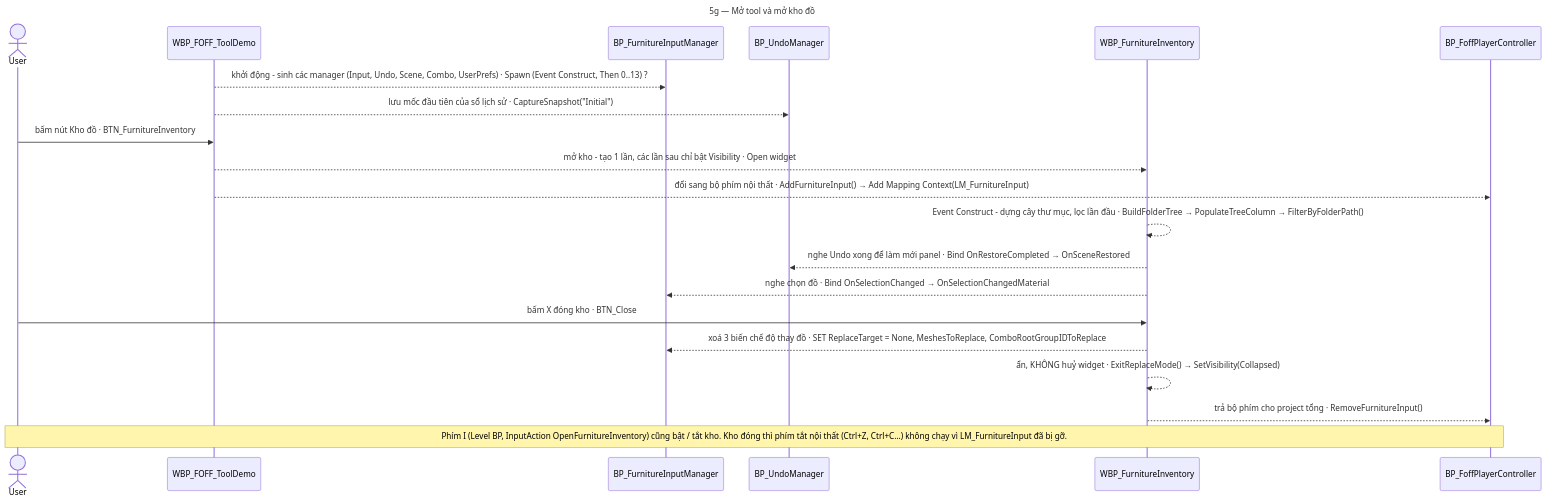
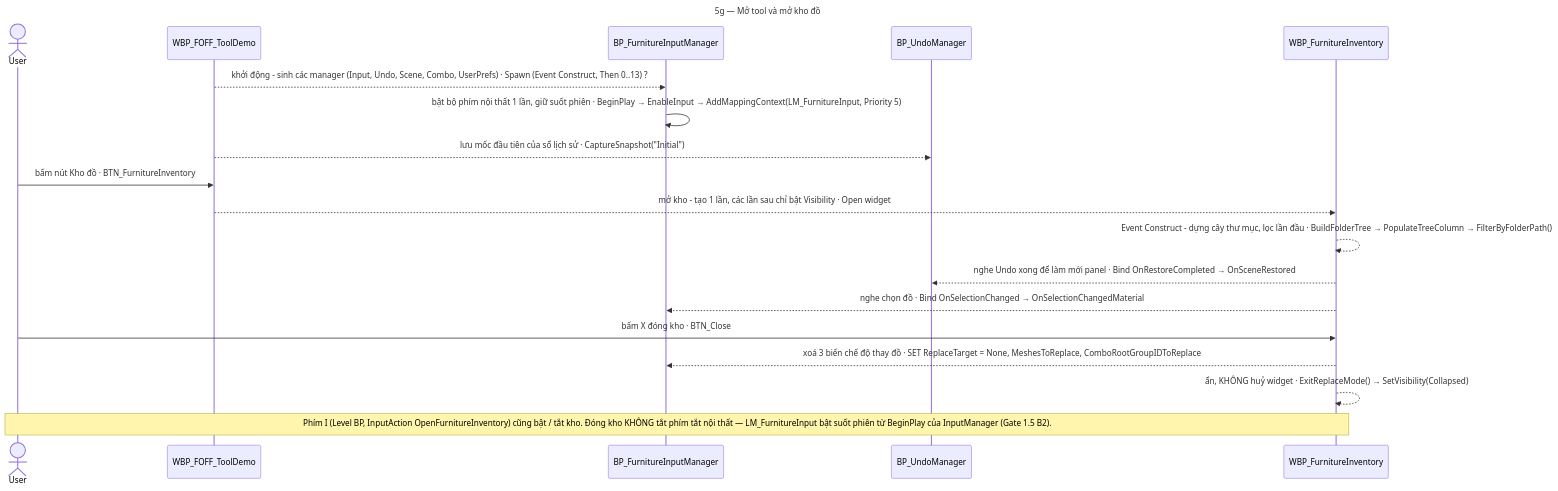
One commit to olivercu04/UE5_InteriorTool_Docs changed diagram 13 of 26 in docs/00_Core/Architecture_Map.md. Above: the diagram before and after it, drawn with Mermaid. The commit also changed other lines of this file and 30 other files, not shown here.

Commit message:
Bộ não v1.8–1.11 + fix gizmo Scale/F2 + sửa drift Input (Gate 1.5 B2)

````diff
--- a/docs/00_Core/Architecture_Map.md
+++ b/docs/00_Core/Architecture_Map.md
@@ -1090,25 +1094,23 @@
 ```mermaid
 ---
 title: "5g — Mở tool và mở kho đồ"
 ---
 sequenceDiagram
   actor U as User
   participant TD as WBP_FOFF_ToolDemo
   participant IM as BP_FurnitureInputManager
   participant UM as BP_UndoManager
   participant INV as WBP_FurnitureInventory
-  participant PC as BP_FoffPlayerController
   TD-->>IM: khởi động - sinh các manager (Input, Undo, Scene, Combo, UserPrefs) · Spawn (Event Construct, Then 0..13) ?
+  IM->>IM: bật bộ phím nội thất 1 lần, giữ suốt phiên · BeginPlay → EnableInput → AddMappingContext(LM_FurnitureInput, Priority 5)
   TD-->>UM: lưu mốc đầu tiên của sổ lịch sử · CaptureSnapshot("Initial")
   U->>TD: bấm nút Kho đồ · BTN_FurnitureInventory
   TD-->>INV: mở kho - tạo 1 lần, các lần sau chỉ bật Visibility · Open widget
-  TD-->>PC: đổi sang bộ phím nội thất · AddFurnitureInput() → Add Mapping Context(LM_FurnitureInput)
   INV-->>INV: Event Construct - dựng cây thư mục, lọc lần đầu · BuildFolderTree → PopulateTreeColumn → FilterByFolderPath()
   INV-->>UM: nghe Undo xong để làm mới panel · Bind OnRestoreCompleted → OnSceneRestored
   INV-->>IM: nghe chọn đồ · Bind OnSelectionChanged → OnSelectionChangedMaterial
   U->>INV: bấm X đóng kho · BTN_Close
   INV-->>IM: xoá 3 biến chế độ thay đồ · SET ReplaceTarget = None, MeshesToReplace, ComboRootGroupIDToReplace
   INV-->>INV: ẩn, KHÔNG huỷ widget · ExitReplaceMode() → SetVisibility(Collapsed)
-  INV-->>PC: trả bộ phím cho project tổng · RemoveFurnitureInput()
-  Note over U,PC: Phím I (Level BP, InputAction OpenFurnitureInventory) cũng bật / tắt kho. Kho đóng thì phím tắt nội thất (Ctrl+Z, Ctrl+C…) không chạy vì LM_FurnitureInput đã bị gỡ.
+  Note over U,INV: Phím I (Level BP, InputAction OpenFurnitureInventory) cũng bật / tắt kho. Đóng kho KHÔNG tắt phím tắt nội thất — LM_FurnitureInput bật suốt phiên từ BeginPlay của InputManager (Gate 1.5 B2).
 ```
````
